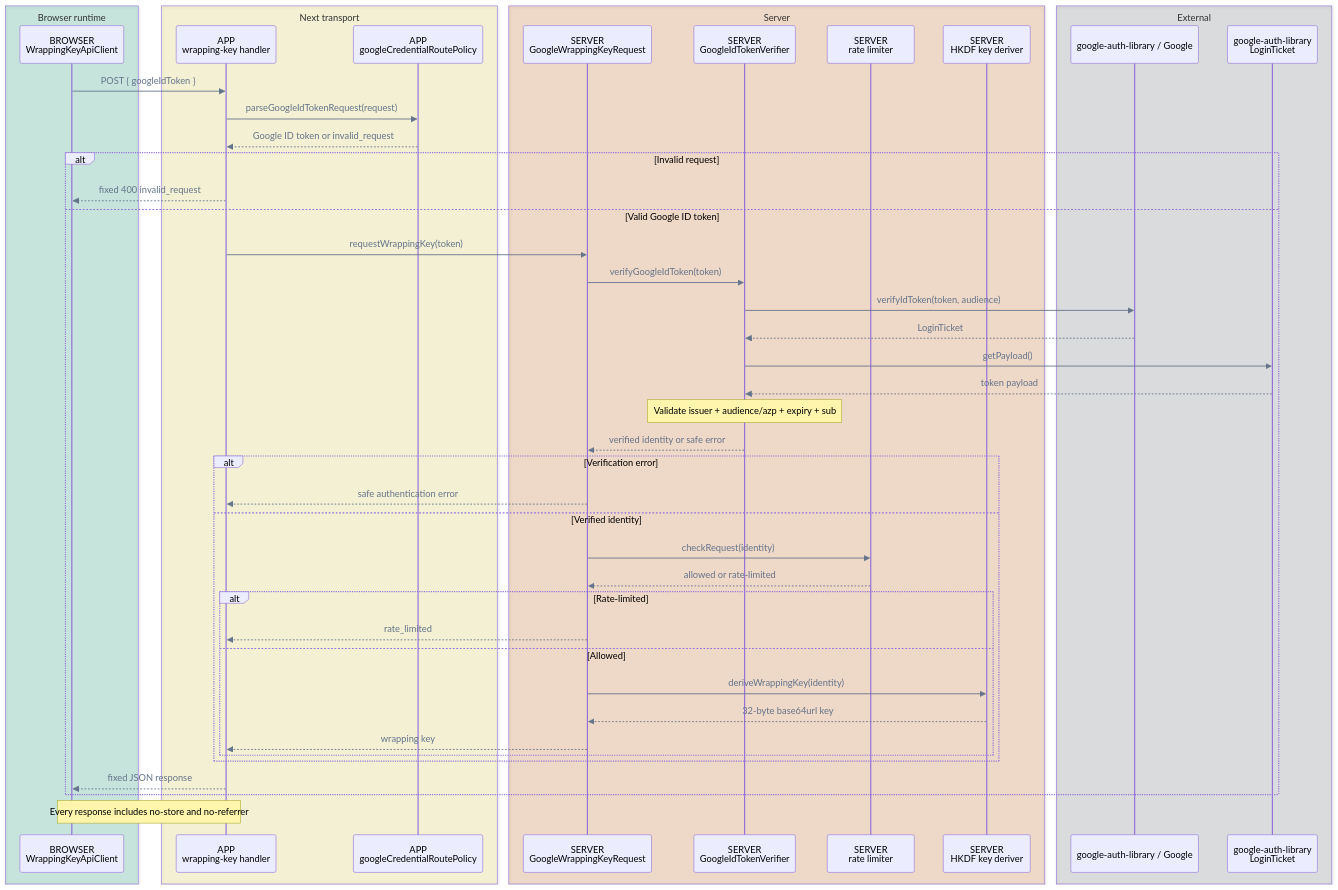
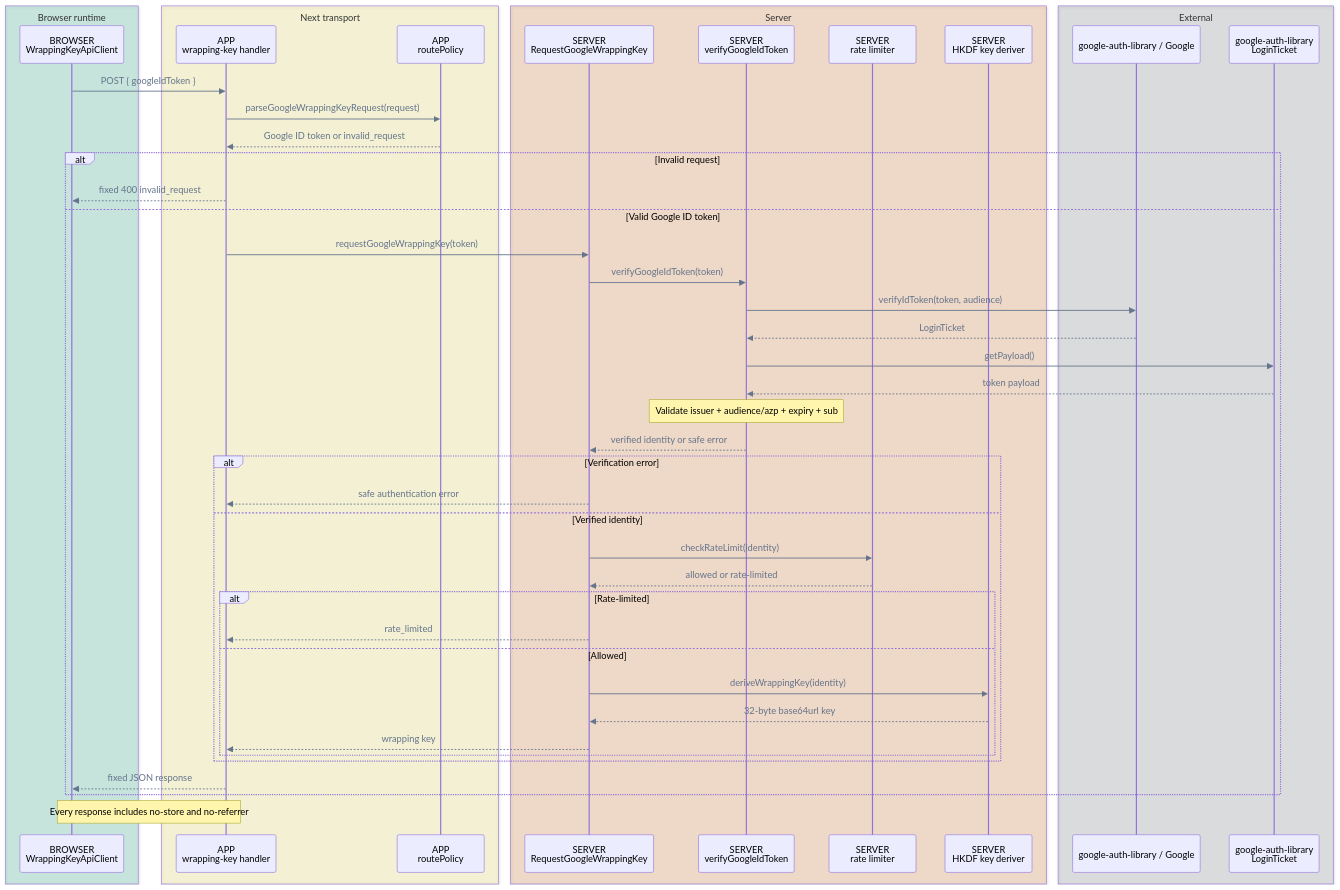
Diagram 13 of 14 in FLOWS.md (pubky/pubky-passport), drawn with Mermaid before and after one commit. The commit also changed 30 other files, not shown here.

Commit message:
refactor: simplify wrapping key server adapter

````diff
--- a/FLOWS.md
+++ b/FLOWS.md
@@ -770,54 +770,54 @@
 ```mermaid
 %%{init: {"themeVariables": {"signalColor": "#64748B", "signalTextColor": "#64748B"}}}%%
 sequenceDiagram
     accTitle: Google wrapping-key API call flow
     accDescr: The route validates its request, verifies provider-account claims, applies a keyed identity rate limit, and derives a wrapping key with HKDF.
     box rgba(0, 158, 115, 0.18) Browser runtime
         participant Browser as BROWSER<br/>WrappingKeyApiClient
     end
     box rgba(240, 228, 66, 0.18) Next transport
         participant Handler as APP<br/>wrapping-key handler
-        participant Policy as APP<br/>googleCredentialRoutePolicy
+        participant Policy as APP<br/>routePolicy
     end
     box rgba(213, 94, 0, 0.18) Server
-        participant Request as SERVER<br/>GoogleWrappingKeyRequest
-        participant Verifier as SERVER<br/>GoogleIdTokenVerifier
+        participant Request as SERVER<br/>RequestGoogleWrappingKey
+        participant Verifier as SERVER<br/>verifyGoogleIdToken
         participant Limiter as SERVER<br/>rate limiter
         participant Deriver as SERVER<br/>HKDF key deriver
     end
     box rgba(17, 24, 39, 0.12) External
         participant Google as google-auth-library / Google
         participant Ticket as google-auth-library<br/>LoginTicket
     end
 
     Browser->>Handler: POST { googleIdToken }
-    Handler->>Policy: parseGoogleIdTokenRequest(request)
+    Handler->>Policy: parseGoogleWrappingKeyRequest(request)
     Policy-->>Handler: Google ID token or invalid_request
     alt Invalid request
         Handler-->>Browser: fixed 400 invalid_request
     else Valid Google ID token
-        Handler->>Request: requestWrappingKey(token)
+        Handler->>Request: requestGoogleWrappingKey(token)
         Request->>Verifier: verifyGoogleIdToken(token)
         Verifier->>Google: verifyIdToken(token, audience)
         Google-->>Verifier: LoginTicket
         Verifier->>Ticket: getPayload()
         Ticket-->>Verifier: token payload
         Note over Verifier: Validate issuer + audience/azp + expiry + sub
         Verifier-->>Request: verified identity or safe error
         alt Verification error
             Request-->>Handler: safe authentication error
         else Verified identity
-            Request->>Limiter: checkRequest(identity)
+            Request->>Limiter: checkRateLimit(identity)
             Limiter-->>Request: allowed or rate-limited
             alt Rate-limited
                 Request-->>Handler: rate_limited
             else Allowed
                 Request->>Deriver: deriveWrappingKey(identity)
                 Deriver-->>Request: 32-byte base64url key
                 Request-->>Handler: wrapping key
             end
         end
         Handler-->>Browser: fixed JSON response
     end
     Note over Handler,Browser: Every response includes no-store and no-referrer
 ```
````
